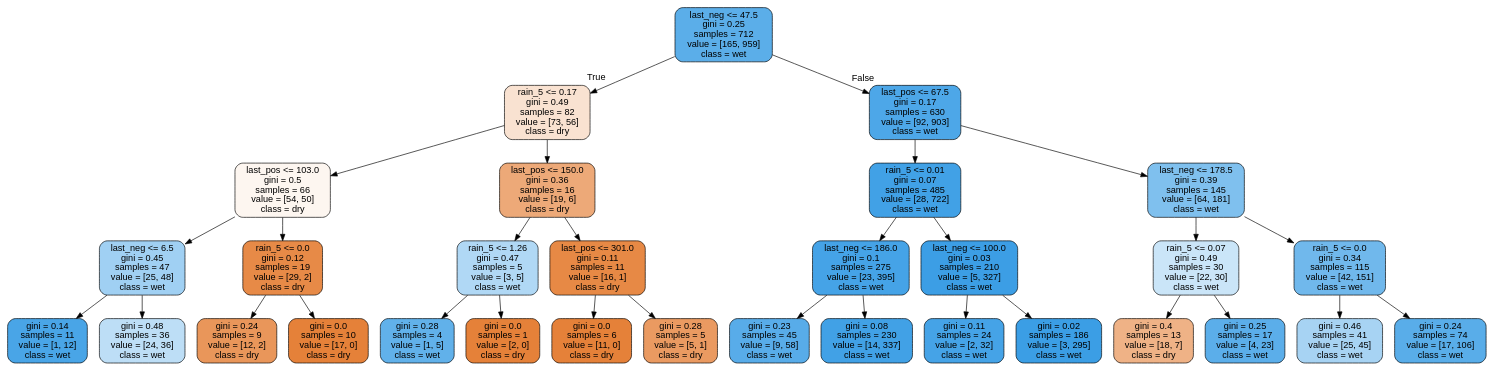
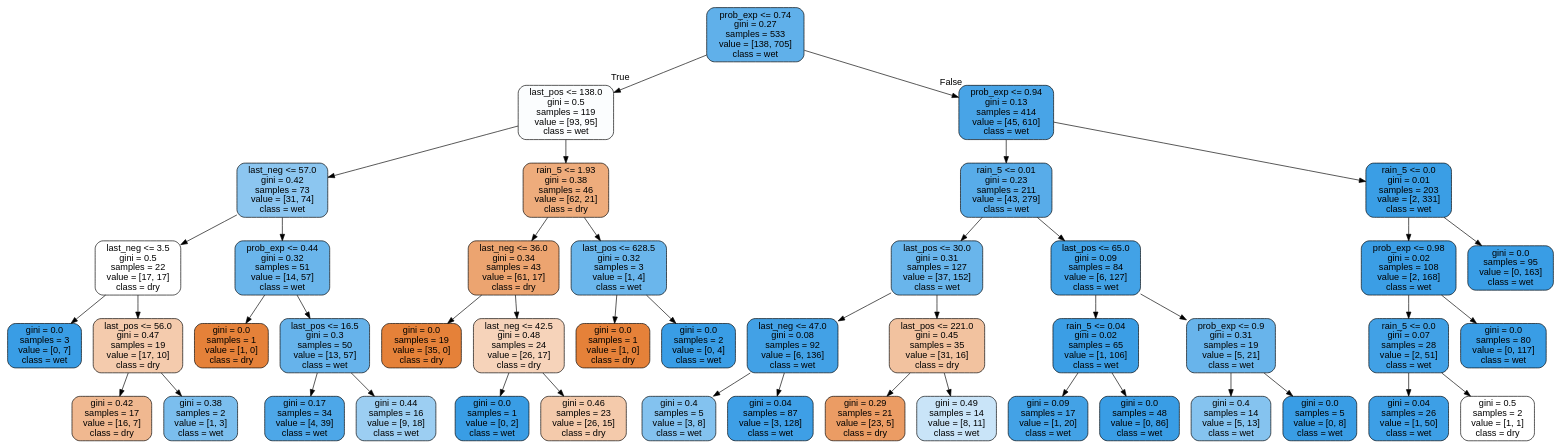
One commit to ishmandoo/trickle-tracker changed the diagram in tree.dot. Above: the diagram before and after it, drawn with Graphviz. The commit also changed 6 other files, not shown here.

```diff
--- a/tree.dot
+++ b/tree.dot
@@ -1,65 +1,93 @@
 digraph Tree {
 node [shape=box, style="filled, rounded", color="black", fontname=helvetica] ;
 edge [fontname=helvetica] ;
-0 [label="last_neg <= 47.5\ngini = 0.25\nsamples = 712\nvalue = [165, 959]\nclass = wet", fillcolor="#5baee9"] ;
-1 [label="rain_5 <= 0.17\ngini = 0.49\nsamples = 82\nvalue = [73, 56]\nclass = dry", fillcolor="#f9e2d1"] ;
+0 [label="prob_exp <= 0.74\ngini = 0.27\nsamples = 533\nvalue = [138, 705]\nclass = wet", fillcolor="#60b0ea"] ;
+1 [label="last_pos <= 138.0\ngini = 0.5\nsamples = 119\nvalue = [93, 95]\nclass = wet", fillcolor="#fbfdfe"] ;
 0 -> 1 [labeldistance=2.5, labelangle=45, headlabel="True"] ;
-2 [label="last_pos <= 103.0\ngini = 0.5\nsamples = 66\nvalue = [54, 50]\nclass = dry", fillcolor="#fdf6f0"] ;
+2 [label="last_neg <= 57.0\ngini = 0.42\nsamples = 73\nvalue = [31, 74]\nclass = wet", fillcolor="#8cc6f0"] ;
 1 -> 2 ;
-3 [label="last_neg <= 6.5\ngini = 0.45\nsamples = 47\nvalue = [25, 48]\nclass = wet", fillcolor="#a0d0f3"] ;
+3 [label="last_neg <= 3.5\ngini = 0.5\nsamples = 22\nvalue = [17, 17]\nclass = dry", fillcolor="#ffffff"] ;
 2 -> 3 ;
-4 [label="gini = 0.14\nsamples = 11\nvalue = [1, 12]\nclass = wet", fillcolor="#49a5e7"] ;
+4 [label="gini = 0.0\nsamples = 3\nvalue = [0, 7]\nclass = wet", fillcolor="#399de5"] ;
 3 -> 4 ;
-5 [label="gini = 0.48\nsamples = 36\nvalue = [24, 36]\nclass = wet", fillcolor="#bddef6"] ;
+5 [label="last_pos <= 56.0\ngini = 0.47\nsamples = 19\nvalue = [17, 10]\nclass = dry", fillcolor="#f4cbad"] ;
 3 -> 5 ;
-6 [label="rain_5 <= 0.0\ngini = 0.12\nsamples = 19\nvalue = [29, 2]\nclass = dry", fillcolor="#e78a47"] ;
-2 -> 6 ;
-7 [label="gini = 0.24\nsamples = 9\nvalue = [12, 2]\nclass = dry", fillcolor="#e9965a"] ;
-6 -> 7 ;
-8 [label="gini = 0.0\nsamples = 10\nvalue = [17, 0]\nclass = dry", fillcolor="#e58139"] ;
-6 -> 8 ;
-9 [label="last_pos <= 150.0\ngini = 0.36\nsamples = 16\nvalue = [19, 6]\nclass = dry", fillcolor="#eda978"] ;
-1 -> 9 ;
-10 [label="rain_5 <= 1.26\ngini = 0.47\nsamples = 5\nvalue = [3, 5]\nclass = wet", fillcolor="#b0d8f5"] ;
-9 -> 10 ;
-11 [label="gini = 0.28\nsamples = 4\nvalue = [1, 5]\nclass = wet", fillcolor="#61b1ea"] ;
+6 [label="gini = 0.42\nsamples = 17\nvalue = [16, 7]\nclass = dry", fillcolor="#f0b890"] ;
+5 -> 6 ;
+7 [label="gini = 0.38\nsamples = 2\nvalue = [1, 3]\nclass = wet", fillcolor="#7bbeee"] ;
+5 -> 7 ;
+8 [label="prob_exp <= 0.44\ngini = 0.32\nsamples = 51\nvalue = [14, 57]\nclass = wet", fillcolor="#6ab5eb"] ;
+2 -> 8 ;
+9 [label="gini = 0.0\nsamples = 1\nvalue = [1, 0]\nclass = dry", fillcolor="#e58139"] ;
+8 -> 9 ;
+10 [label="last_pos <= 16.5\ngini = 0.3\nsamples = 50\nvalue = [13, 57]\nclass = wet", fillcolor="#66b3eb"] ;
+8 -> 10 ;
+11 [label="gini = 0.17\nsamples = 34\nvalue = [4, 39]\nclass = wet", fillcolor="#4da7e8"] ;
 10 -> 11 ;
-12 [label="gini = 0.0\nsamples = 1\nvalue = [2, 0]\nclass = dry", fillcolor="#e58139"] ;
+12 [label="gini = 0.44\nsamples = 16\nvalue = [9, 18]\nclass = wet", fillcolor="#9ccef2"] ;
 10 -> 12 ;
-13 [label="last_pos <= 301.0\ngini = 0.11\nsamples = 11\nvalue = [16, 1]\nclass = dry", fillcolor="#e78945"] ;
-9 -> 13 ;
-14 [label="gini = 0.0\nsamples = 6\nvalue = [11, 0]\nclass = dry", fillcolor="#e58139"] ;
+13 [label="rain_5 <= 1.93\ngini = 0.38\nsamples = 46\nvalue = [62, 21]\nclass = dry", fillcolor="#eeac7c"] ;
+1 -> 13 ;
+14 [label="last_neg <= 36.0\ngini = 0.34\nsamples = 43\nvalue = [61, 17]\nclass = dry", fillcolor="#eca470"] ;
 13 -> 14 ;
-15 [label="gini = 0.28\nsamples = 5\nvalue = [5, 1]\nclass = dry", fillcolor="#ea9a61"] ;
-13 -> 15 ;
-16 [label="last_pos <= 67.5\ngini = 0.17\nsamples = 630\nvalue = [92, 903]\nclass = wet", fillcolor="#4da7e8"] ;
-0 -> 16 [labeldistance=2.5, labelangle=-45, headlabel="False"] ;
-17 [label="rain_5 <= 0.01\ngini = 0.07\nsamples = 485\nvalue = [28, 722]\nclass = wet", fillcolor="#41a1e6"] ;
+15 [label="gini = 0.0\nsamples = 19\nvalue = [35, 0]\nclass = dry", fillcolor="#e58139"] ;
+14 -> 15 ;
+16 [label="last_neg <= 42.5\ngini = 0.48\nsamples = 24\nvalue = [26, 17]\nclass = dry", fillcolor="#f6d3ba"] ;
+14 -> 16 ;
+17 [label="gini = 0.0\nsamples = 1\nvalue = [0, 2]\nclass = wet", fillcolor="#399de5"] ;
 16 -> 17 ;
-18 [label="last_neg <= 186.0\ngini = 0.1\nsamples = 275\nvalue = [23, 395]\nclass = wet", fillcolor="#45a3e7"] ;
-17 -> 18 ;
-19 [label="gini = 0.23\nsamples = 45\nvalue = [9, 58]\nclass = wet", fillcolor="#58ace9"] ;
-18 -> 19 ;
-20 [label="gini = 0.08\nsamples = 230\nvalue = [14, 337]\nclass = wet", fillcolor="#41a1e6"] ;
-18 -> 20 ;
-21 [label="last_neg <= 100.0\ngini = 0.03\nsamples = 210\nvalue = [5, 327]\nclass = wet", fillcolor="#3c9ee5"] ;
-17 -> 21 ;
-22 [label="gini = 0.11\nsamples = 24\nvalue = [2, 32]\nclass = wet", fillcolor="#45a3e7"] ;
-21 -> 22 ;
-23 [label="gini = 0.02\nsamples = 186\nvalue = [3, 295]\nclass = wet", fillcolor="#3b9ee5"] ;
-21 -> 23 ;
-24 [label="last_neg <= 178.5\ngini = 0.39\nsamples = 145\nvalue = [64, 181]\nclass = wet", fillcolor="#7fc0ee"] ;
-16 -> 24 ;
-25 [label="rain_5 <= 0.07\ngini = 0.49\nsamples = 30\nvalue = [22, 30]\nclass = wet", fillcolor="#cae5f8"] ;
+18 [label="gini = 0.46\nsamples = 23\nvalue = [26, 15]\nclass = dry", fillcolor="#f4caab"] ;
+16 -> 18 ;
+19 [label="last_pos <= 628.5\ngini = 0.32\nsamples = 3\nvalue = [1, 4]\nclass = wet", fillcolor="#6ab6ec"] ;
+13 -> 19 ;
+20 [label="gini = 0.0\nsamples = 1\nvalue = [1, 0]\nclass = dry", fillcolor="#e58139"] ;
+19 -> 20 ;
+21 [label="gini = 0.0\nsamples = 2\nvalue = [0, 4]\nclass = wet", fillcolor="#399de5"] ;
+19 -> 21 ;
+22 [label="prob_exp <= 0.94\ngini = 0.13\nsamples = 414\nvalue = [45, 610]\nclass = wet", fillcolor="#48a4e7"] ;
+0 -> 22 [labeldistance=2.5, labelangle=-45, headlabel="False"] ;
+23 [label="rain_5 <= 0.01\ngini = 0.23\nsamples = 211\nvalue = [43, 279]\nclass = wet", fillcolor="#58ace9"] ;
+22 -> 23 ;
+24 [label="last_pos <= 30.0\ngini = 0.31\nsamples = 127\nvalue = [37, 152]\nclass = wet", fillcolor="#69b5eb"] ;
+23 -> 24 ;
+25 [label="last_neg <= 47.0\ngini = 0.08\nsamples = 92\nvalue = [6, 136]\nclass = wet", fillcolor="#42a1e6"] ;
 24 -> 25 ;
-26 [label="gini = 0.4\nsamples = 13\nvalue = [18, 7]\nclass = dry", fillcolor="#efb286"] ;
+26 [label="gini = 0.4\nsamples = 5\nvalue = [3, 8]\nclass = wet", fillcolor="#83c2ef"] ;
 25 -> 26 ;
-27 [label="gini = 0.25\nsamples = 17\nvalue = [4, 23]\nclass = wet", fillcolor="#5baeea"] ;
+27 [label="gini = 0.04\nsamples = 87\nvalue = [3, 128]\nclass = wet", fillcolor="#3e9fe6"] ;
 25 -> 27 ;
-28 [label="rain_5 <= 0.0\ngini = 0.34\nsamples = 115\nvalue = [42, 151]\nclass = wet", fillcolor="#70b8ec"] ;
+28 [label="last_pos <= 221.0\ngini = 0.45\nsamples = 35\nvalue = [31, 16]\nclass = dry", fillcolor="#f2c29f"] ;
 24 -> 28 ;
-29 [label="gini = 0.46\nsamples = 41\nvalue = [25, 45]\nclass = wet", fillcolor="#a7d3f3"] ;
+29 [label="gini = 0.29\nsamples = 21\nvalue = [23, 5]\nclass = dry", fillcolor="#eb9c64"] ;
 28 -> 29 ;
-30 [label="gini = 0.24\nsamples = 74\nvalue = [17, 106]\nclass = wet", fillcolor="#59ade9"] ;
+30 [label="gini = 0.49\nsamples = 14\nvalue = [8, 11]\nclass = wet", fillcolor="#c9e4f8"] ;
 28 -> 30 ;
+31 [label="last_pos <= 65.0\ngini = 0.09\nsamples = 84\nvalue = [6, 127]\nclass = wet", fillcolor="#42a2e6"] ;
+23 -> 31 ;
+32 [label="rain_5 <= 0.04\ngini = 0.02\nsamples = 65\nvalue = [1, 106]\nclass = wet", fillcolor="#3b9ee5"] ;
+31 -> 32 ;
+33 [label="gini = 0.09\nsamples = 17\nvalue = [1, 20]\nclass = wet", fillcolor="#43a2e6"] ;
+32 -> 33 ;
+34 [label="gini = 0.0\nsamples = 48\nvalue = [0, 86]\nclass = wet", fillcolor="#399de5"] ;
+32 -> 34 ;
+35 [label="prob_exp <= 0.9\ngini = 0.31\nsamples = 19\nvalue = [5, 21]\nclass = wet", fillcolor="#68b4eb"] ;
+31 -> 35 ;
+36 [label="gini = 0.4\nsamples = 14\nvalue = [5, 13]\nclass = wet", fillcolor="#85c3ef"] ;
+35 -> 36 ;
+37 [label="gini = 0.0\nsamples = 5\nvalue = [0, 8]\nclass = wet", fillcolor="#399de5"] ;
+35 -> 37 ;
+38 [label="rain_5 <= 0.0\ngini = 0.01\nsamples = 203\nvalue = [2, 331]\nclass = wet", fillcolor="#3a9ee5"] ;
+22 -> 38 ;
+39 [label="prob_exp <= 0.98\ngini = 0.02\nsamples = 108\nvalue = [2, 168]\nclass = wet", fillcolor="#3b9ee5"] ;
+38 -> 39 ;
+40 [label="rain_5 <= 0.0\ngini = 0.07\nsamples = 28\nvalue = [2, 51]\nclass = wet", fillcolor="#41a1e6"] ;
+39 -> 40 ;
+41 [label="gini = 0.04\nsamples = 26\nvalue = [1, 50]\nclass = wet", fillcolor="#3d9fe6"] ;
+40 -> 41 ;
+42 [label="gini = 0.5\nsamples = 2\nvalue = [1, 1]\nclass = dry", fillcolor="#ffffff"] ;
+40 -> 42 ;
+43 [label="gini = 0.0\nsamples = 80\nvalue = [0, 117]\nclass = wet", fillcolor="#399de5"] ;
+39 -> 43 ;
+44 [label="gini = 0.0\nsamples = 95\nvalue = [0, 163]\nclass = wet", fillcolor="#399de5"] ;
+38 -> 44 ;
 }
```
